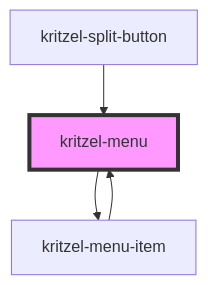
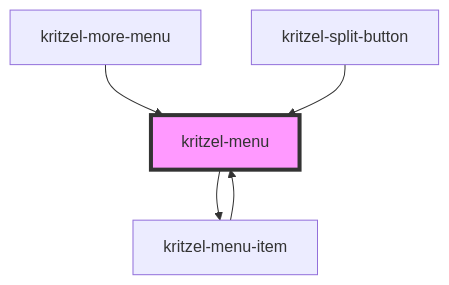
One commit to kasual1/kritzel changed the diagram in libs/kritzel-stencil/src/components/shared/kritzel-menu/readme.md. Above: the diagram before and after it, drawn with Mermaid. The commit also changed other lines of this file and 16 other files, not shown here.

````diff
--- a/libs/kritzel-stencil/src/components/shared/kritzel-menu/readme.md
+++ b/libs/kritzel-stencil/src/components/shared/kritzel-menu/readme.md
@@ -69,7 +70,8 @@
 ```mermaid
 graph TD;
   kritzel-menu --> kritzel-menu-item
   kritzel-menu-item --> kritzel-menu
+  kritzel-more-menu --> kritzel-menu
   kritzel-split-button --> kritzel-menu
   style kritzel-menu fill:#f9f,stroke:#333,stroke-width:4px
 ```
````
